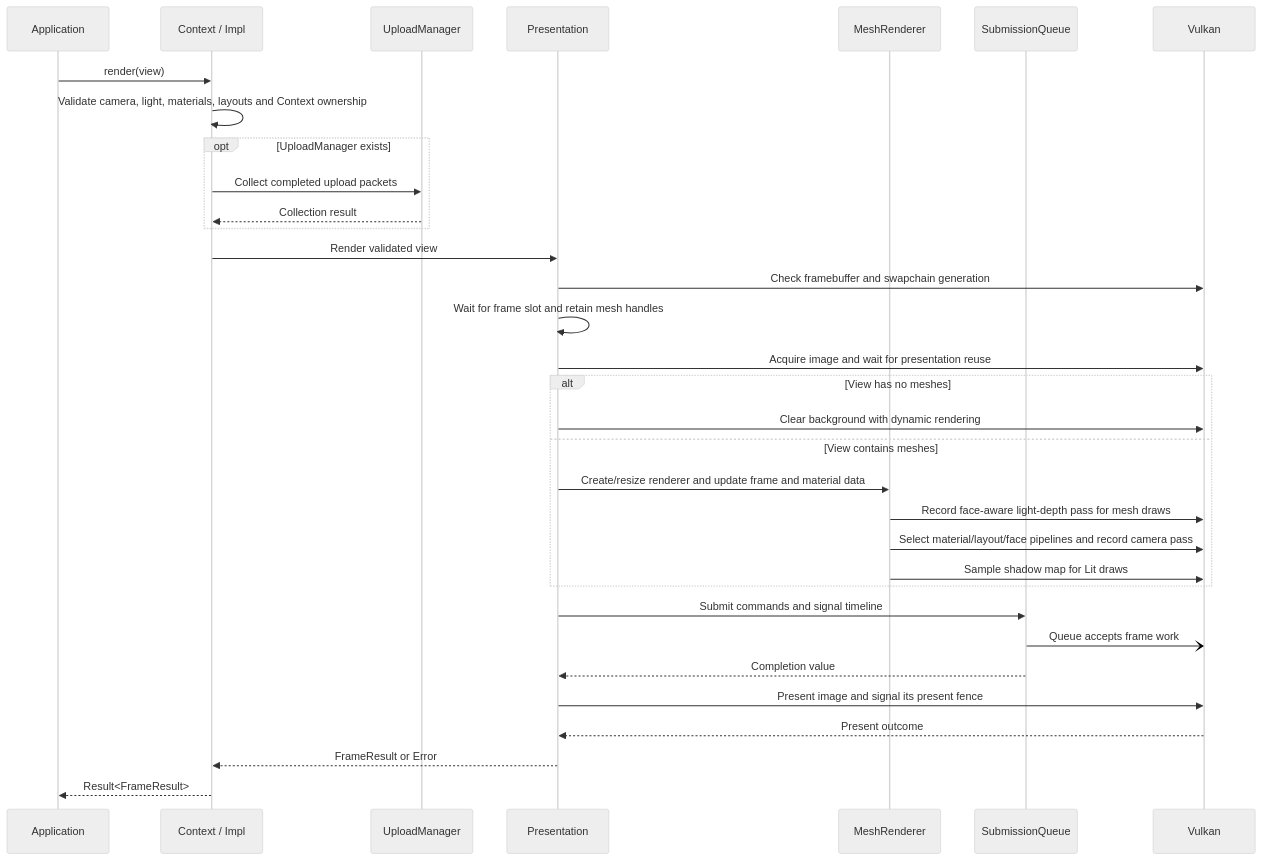
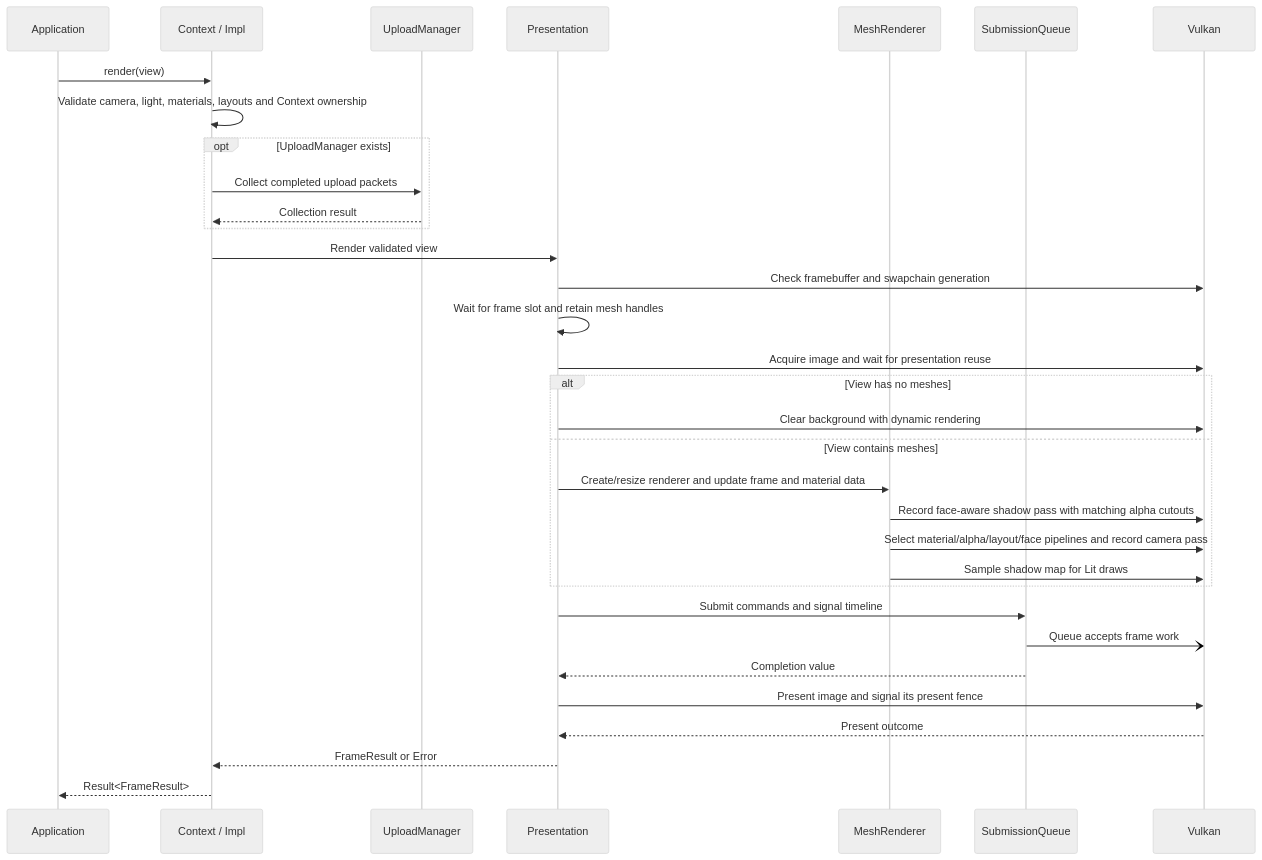
One commit to a-soltysik/Panda changed the diagram in docs/use-cases/render-view.md. Above: the diagram before and after it, drawn with Mermaid (neutral theme). The commit also changed other lines of this file and 15 other files, not shown here.

First line of the commit message:
Add alpha masks for meshes and shadows; fix mesh winding (#102)

````diff
--- a/docs/use-cases/render-view.md
+++ b/docs/use-cases/render-view.md
@@ -62,35 +63,35 @@
 ```mermaid
 sequenceDiagram
     participant A as Application
     participant C as Context / Impl
     participant U as UploadManager
     participant P as Presentation
     participant R as MeshRenderer
     participant Q as SubmissionQueue
     participant V as Vulkan
     A->>C: render(view)
     C->>C: Validate camera, light, materials, layouts and Context ownership
     opt UploadManager exists
         C->>U: Collect completed upload packets
         U-->>C: Collection result
     end
     C->>P: Render validated view
     P->>V: Check framebuffer and swapchain generation
     P->>P: Wait for frame slot and retain mesh handles
     P->>V: Acquire image and wait for presentation reuse
     alt View has no meshes
         P->>V: Clear background with dynamic rendering
     else View contains meshes
         P->>R: Create/resize renderer and update frame and material data
-        R->>V: Record face-aware light-depth pass for mesh draws
-        R->>V: Select material/layout/face pipelines and record camera pass
+        R->>V: Record face-aware shadow pass with matching alpha cutouts
+        R->>V: Select material/alpha/layout/face pipelines and record camera pass
         R->>V: Sample shadow map for Lit draws
     end
     P->>Q: Submit commands and signal timeline
     Q-)V: Queue accepts frame work
     Q-->>P: Completion value
     P->>V: Present image and signal its present fence
     V-->>P: Present outcome
     P-->>C: FrameResult or Error
     C-->>A: Result<FrameResult>
 ```
````
